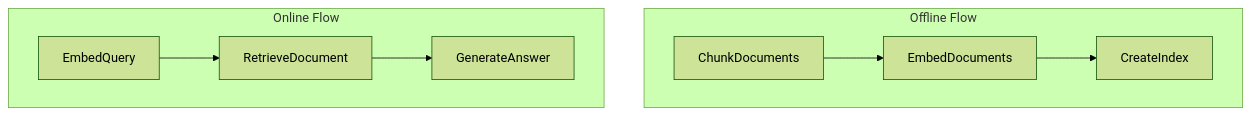
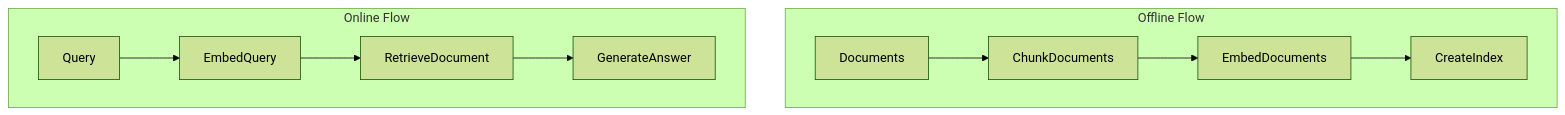
The diagram in examples/rag/README.md (artificial-sapience/clearflow), drawn with Mermaid (forest theme) before and after one commit. The commit also changed other lines of this file and 2 other files, not shown here.

Commit message:
refactor: update README files for clarity and consistency; enhance flow descriptions and quick start instructions

````diff
--- a/examples/rag/README.md
+++ b/examples/rag/README.md
@@ -14,10 +7,14 @@
 ```mermaid
 graph TD
     subgraph Offline Flow
-        ChunkDocuments --> EmbedDocuments --> CreateIndex
+        Docs[Documents] --> Chunk[ChunkDocuments]
+        Chunk --> Embed[EmbedDocuments]
+        Embed --> Index[CreateIndex]
     end
     
     subgraph Online Flow
-        EmbedQuery --> RetrieveDocument --> GenerateAnswer
+        Query[Query] --> QEmbed[EmbedQuery]
+        QEmbed --> Retrieve[RetrieveDocument]
+        Retrieve --> Generate[GenerateAnswer]
     end
 ```
````
